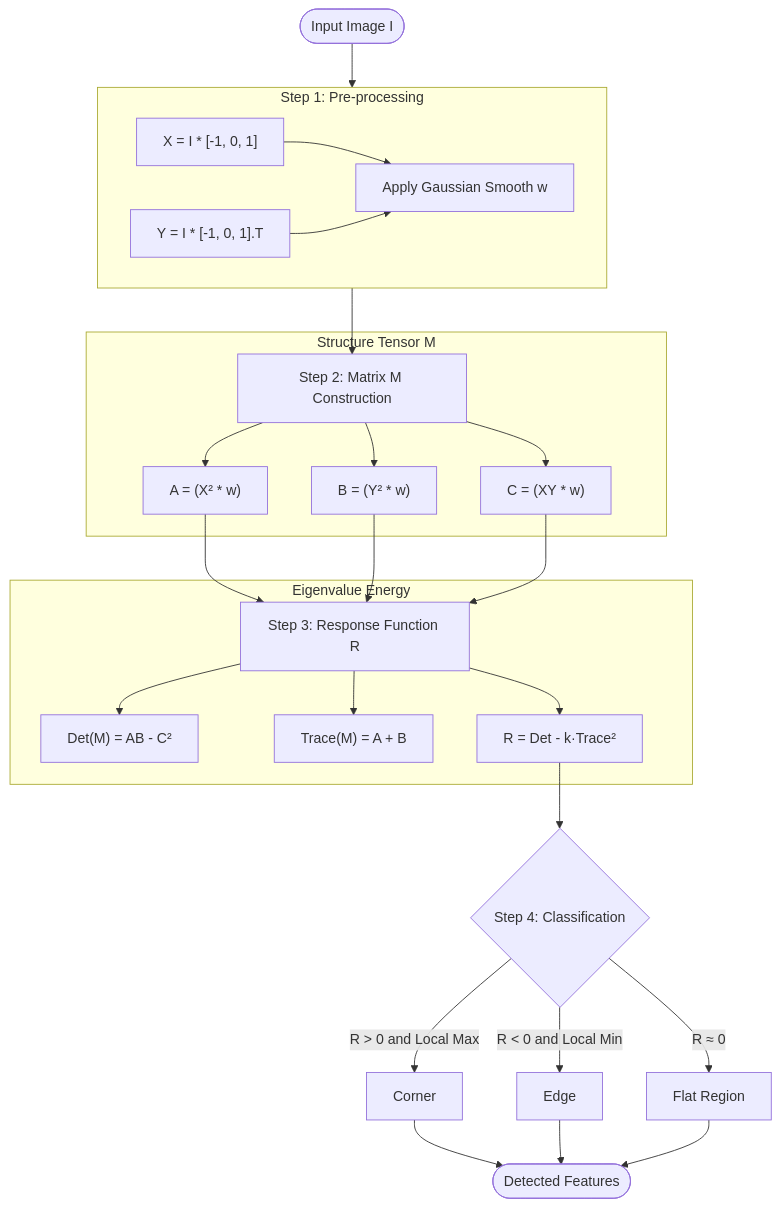
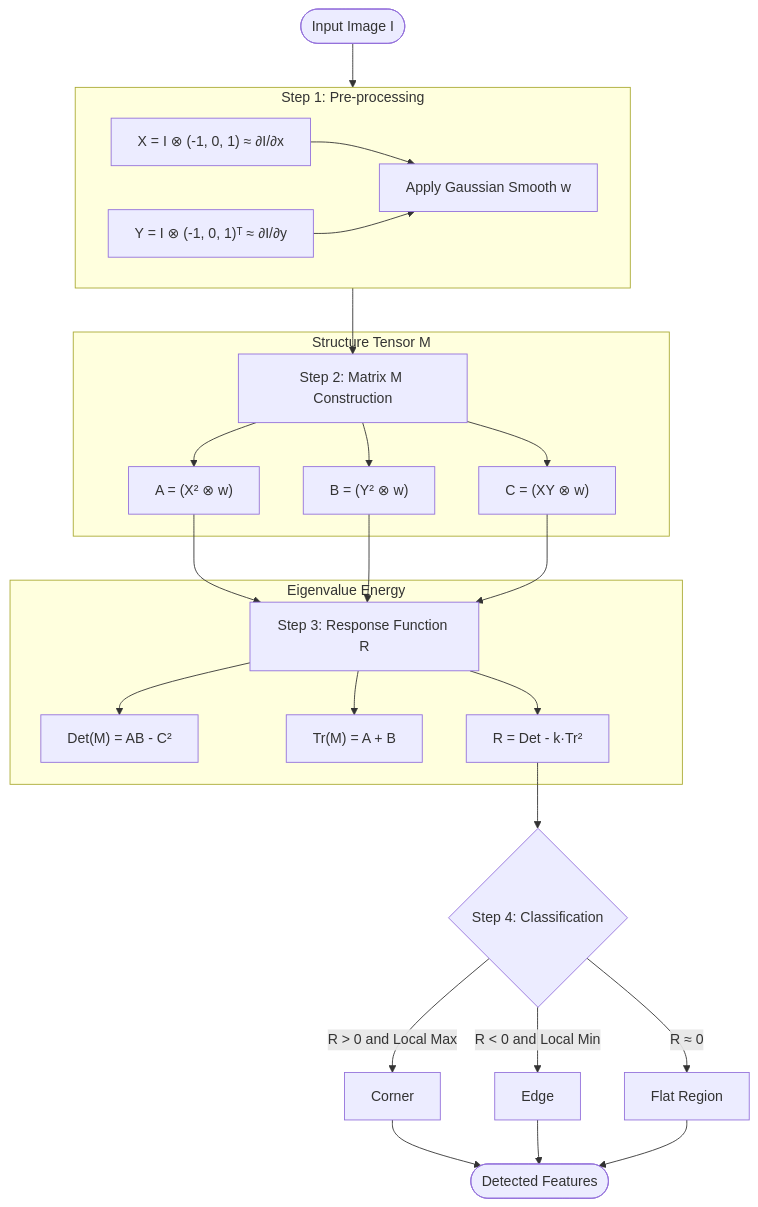
Before and after one commit to oldpig123/DISP-tutorial: the diagram in README.md, drawn with Mermaid.

Commit message:
Tutorial 5 (Exercise 4): Enhanced Harris Corner flowchart with mathematical Unicode symbols.

````diff
--- a/README.md
+++ b/README.md
@@ -265,37 +265,37 @@
 ```mermaid
 graph TD
     Start([Input Image I]) --> Step1
     
     subgraph Step1 ["Step 1: Pre-processing"]
-        X["X = I * [-1, 0, 1]"]
-        Y["Y = I * [-1, 0, 1].T"]
+        X["X = I ⊗ (-1, 0, 1) ≈ ∂I/∂x"]
+        Y["Y = I ⊗ (-1, 0, 1)ᵀ ≈ ∂I/∂y"]
         Smooth["Apply Gaussian Smooth w"]
         X & Y --> Smooth
     end
     
     Step1 --> Step2[Step 2: Matrix M Construction]
     
     subgraph "Structure Tensor M"
-        Step2 --> A["A = (X² * w)"]
-        Step2 --> B["B = (Y² * w)"]
-        Step2 --> C["C = (XY * w)"]
+        Step2 --> A["A = (X² ⊗ w)"]
+        Step2 --> B["B = (Y² ⊗ w)"]
+        Step2 --> C["C = (XY ⊗ w)"]
     end
     
     A & B & C --> Step3[Step 3: Response Function R]
     
     subgraph "Eigenvalue Energy"
         Step3 --> Det["Det(M) = AB - C²"]
-        Step3 --> Tr["Trace(M) = A + B"]
-        Step3 --> R["R = Det - k·Trace²"]
+        Step3 --> Tr["Tr(M) = A + B"]
+        Step3 --> R["R = Det - k·Tr²"]
     end
     
     R --> Step4{Step 4: Classification}
     
     Step4 -- "R > 0 and Local Max" --> Corner[Corner]
     Step4 -- "R < 0 and Local Min" --> Edge[Edge]
     Step4 -- "R ≈ 0" --> Flat[Flat Region]
     
     Corner --> End([Detected Features])
     Edge --> End
     Flat --> End
 ```
````
